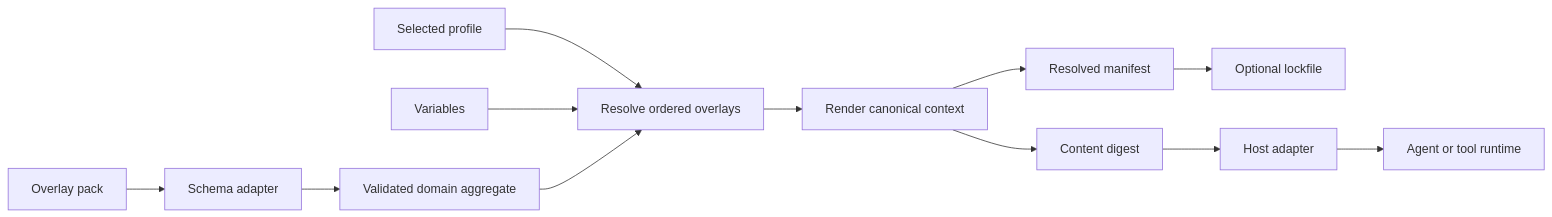
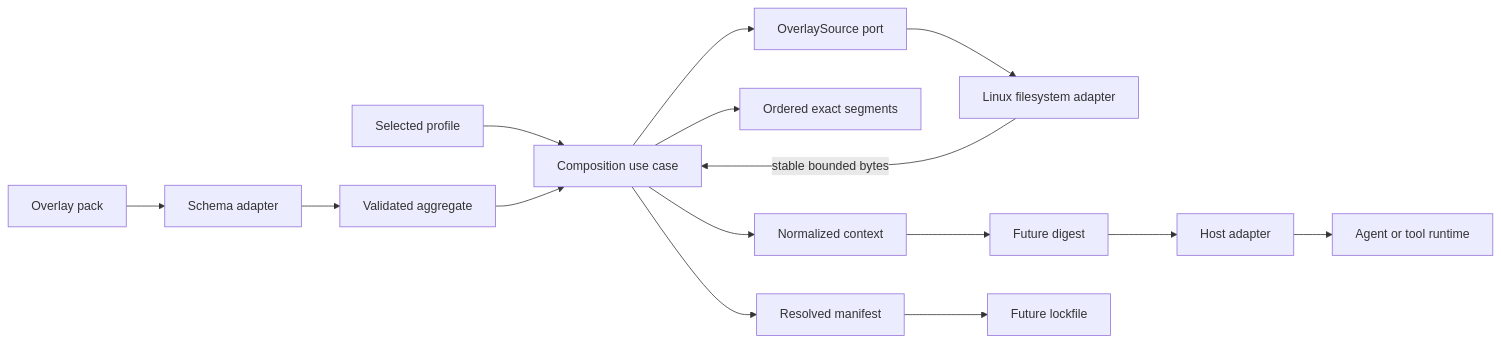
The diagram in docs/architecture/README.md (hackelia-micrantha/invokrum), drawn with Mermaid before and after one commit. The commit also changed other lines of this file and 14 other files, not shown here.

````diff
--- a/docs/architecture/README.md
+++ b/docs/architecture/README.md
@@ -120,14 +90,17 @@
 ```mermaid
 flowchart LR
   Pack[Overlay pack] --> Schema[Schema adapter]
-  Schema --> Domain[Validated domain aggregate]
-  Profile[Selected profile] --> Resolve[Resolve ordered overlays]
-  Vars[Variables] --> Resolve
-  Domain --> Resolve
-  Resolve --> Render[Render canonical context]
-  Render --> Manifest[Resolved manifest]
-  Render --> Digest[Content digest]
-  Manifest --> Lock[Optional lockfile]
+  Schema --> Domain[Validated aggregate]
+  Profile[Selected profile] --> Compose[Composition use case]
+  Domain --> Compose
+  Compose --> Port[OverlaySource port]
+  Port --> FS[Linux filesystem adapter]
+  FS -->|stable bounded bytes| Compose
+  Compose --> Segments[Ordered exact segments]
+  Compose --> Context[Normalized context]
+  Compose --> Manifest[Resolved manifest]
+  Context --> Digest[Future digest]
+  Manifest --> Lock[Future lockfile]
   Digest --> Host[Host adapter]
   Host --> Runtime[Agent or tool runtime]
 ```
````
